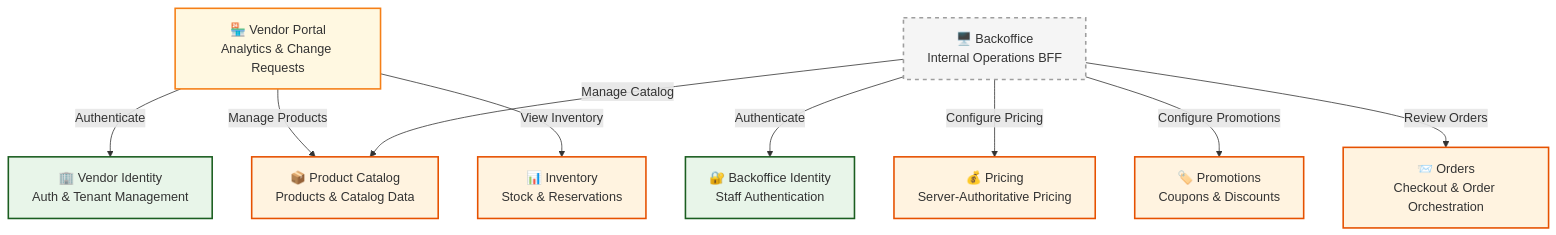
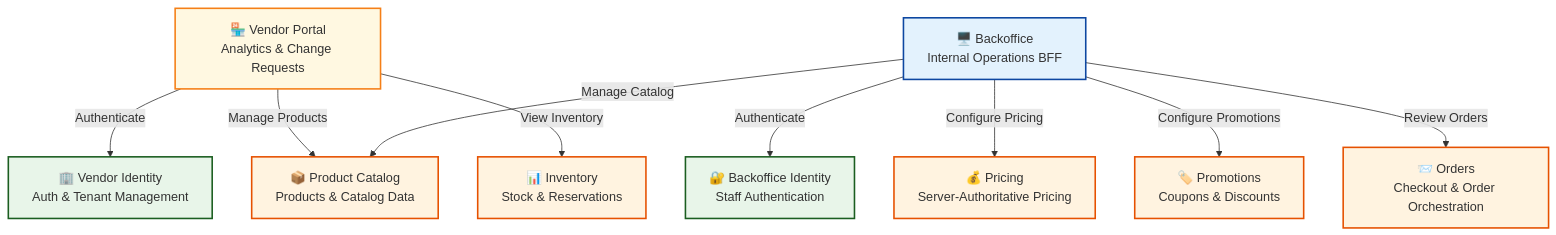
Before and after one commit to erikshafer/CritterSupply: the second of 2 diagrams in README.md, drawn with Mermaid. The commit also changed other lines of this file and 4 other files, not shown here.

````diff
--- a/README.md
+++ b/README.md
@@ -141,41 +141,42 @@
 ```mermaid
 graph TB
     %% Vendor-Facing Layer
     VP["🏪 Vendor Portal<br/>Analytics & Change Requests"]
 
-    %% Operations Layer (Planned)
+    %% Operations Layer
     BO["🖥️ Backoffice<br/>Internal Operations BFF"]
 
     %% Identity Contexts
     VendorID["🏢 Vendor Identity<br/>Auth & Tenant Management"]
     BackofficeID["🔐 Backoffice Identity<br/>Staff Authentication"]
 
     %% Shared Business Contexts
     Catalog["📦 Product Catalog<br/>Products & Catalog Data"]
     Inventory["📊 Inventory<br/>Stock & Reservations"]
     Orders["📨 Orders<br/>Checkout & Order Orchestration"]
     Pricing["💰 Pricing<br/>Server-Authoritative Pricing"]
     Promotions["🏷️ Promotions<br/>Coupons & Discounts"]
 
     %% Vendor Portal interactions
     VP -->|Authenticate| VendorID
     VP -->|Manage Products| Catalog
     VP -->|View Inventory| Inventory
 
     %% Backoffice interactions
     BO -->|Authenticate| BackofficeID
     BO -->|Manage Catalog| Catalog
     BO -->|Configure Pricing| Pricing
     BO -->|Configure Promotions| Promotions
     BO -->|Review Orders| Orders
 
     classDef vendor fill:#fff8e1,stroke:#f57f17,stroke-width:2px
     classDef identity fill:#e8f5e9,stroke:#1b5e20,stroke-width:2px
     classDef core fill:#fff3e0,stroke:#e65100,stroke-width:2px
     classDef planned fill:#f5f5f5,stroke:#9e9e9e,stroke-width:2px,stroke-dasharray: 5 5
+    classDef ops fill:#e3f2fd,stroke:#0d47a1,stroke-width:2px
 
     class VP vendor
     class VendorID,BackofficeID identity
     class Catalog,Inventory,Orders,Pricing,Promotions core
-    class BO planned
+    class BO ops
 ```
````
